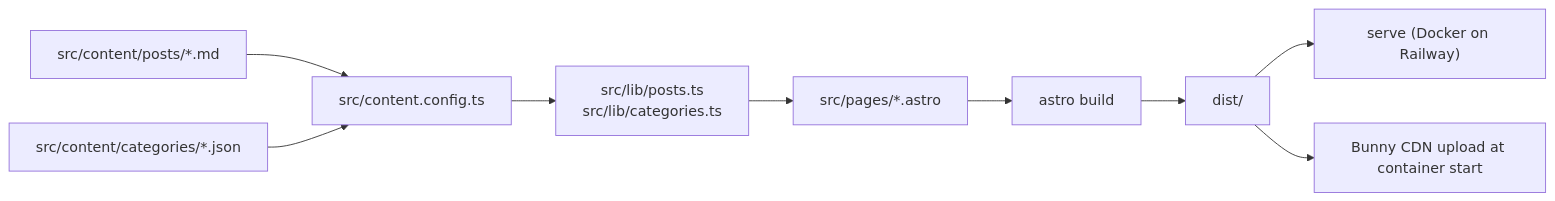
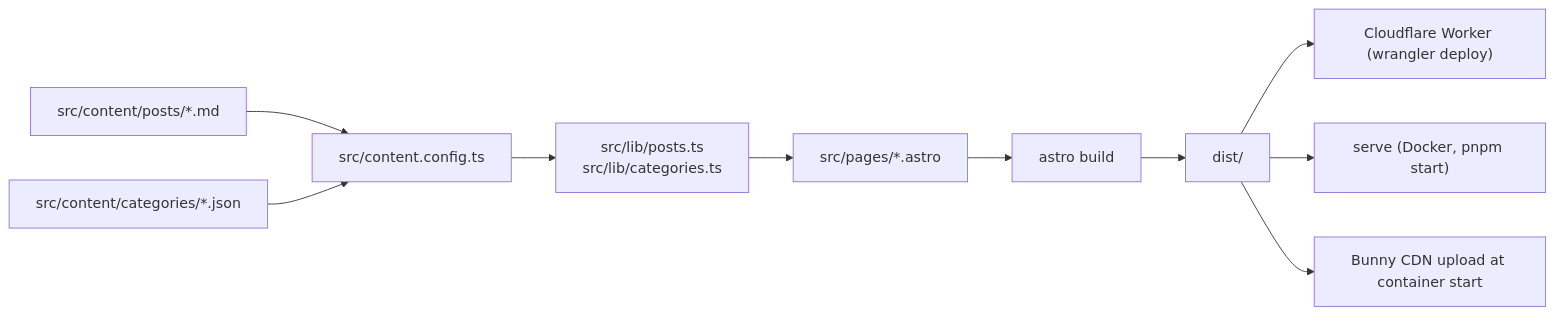
The diagram in README.md (sg208/mindful), drawn with Mermaid before and after one commit. The commit also changed other lines of this file and 3 other files, not shown here.

````diff
--- a/README.md
+++ b/README.md
@@ -17,11 +19,12 @@
 ```mermaid
 flowchart LR
   posts["src/content/posts/*.md"] --> schema[src/content.config.ts]
   cats["src/content/categories/*.json"] --> schema
   schema --> helpers["src/lib/posts.ts<br/>src/lib/categories.ts"]
   helpers --> pages["src/pages/*.astro"]
   pages --> build["astro build"]
   build --> dist["dist/"]
-  dist --> serve["serve (Docker on Railway)"]
+  dist --> worker["Cloudflare Worker (wrangler deploy)"]
+  dist --> serve["serve (Docker, pnpm start)"]
   dist --> cdn["Bunny CDN upload at container start"]
 ```
````
